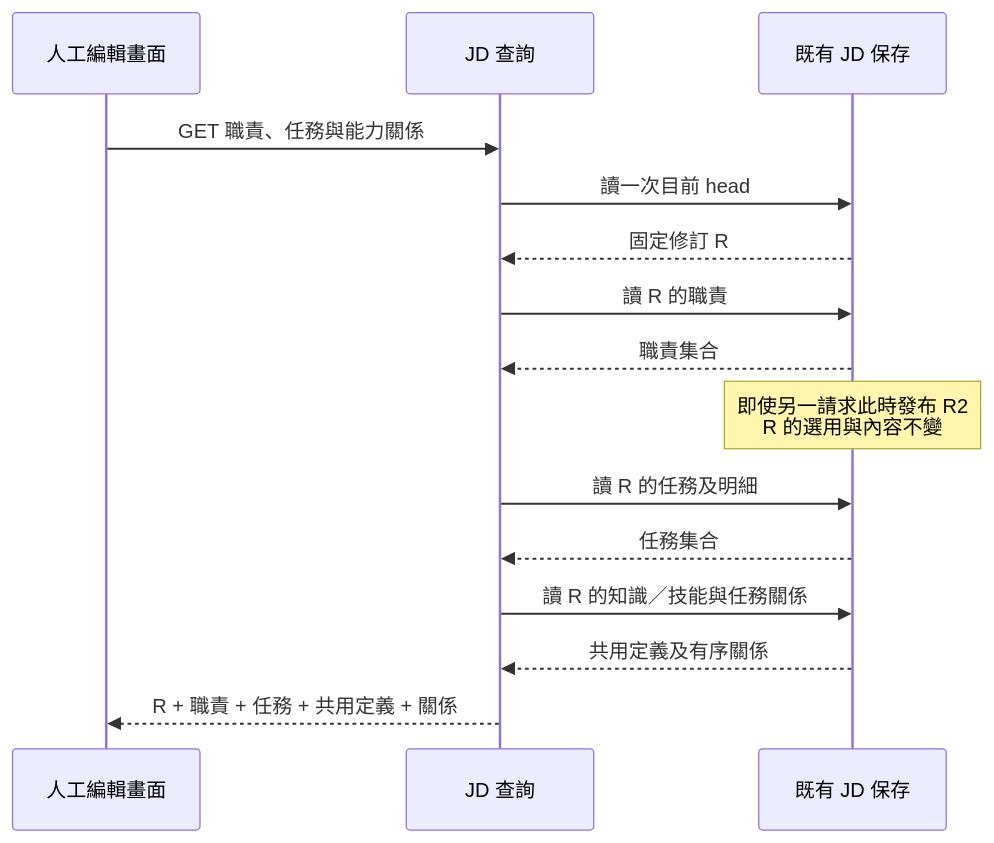
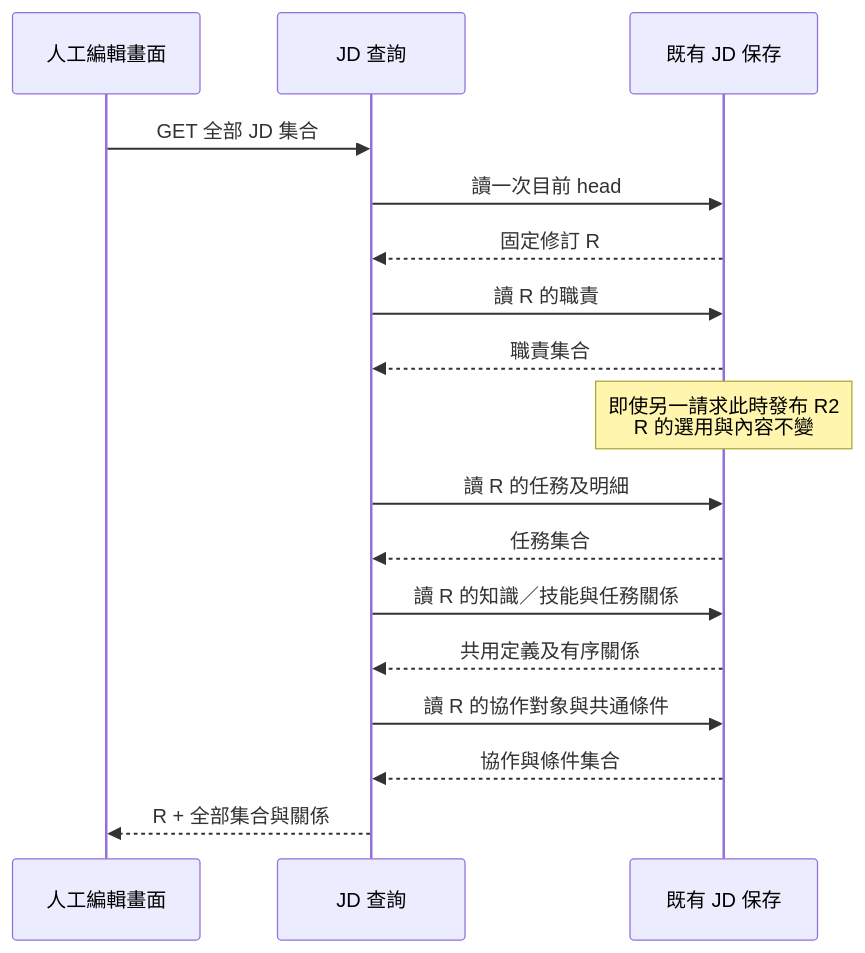
The third of 6 diagrams in docs/implementation/jd-storage.md (JD-Consultant/Caliburn), drawn with Mermaid before and after one commit. The commit also changed other lines of this file and 25 other files, not shown here.

````diff
--- a/docs/implementation/jd-storage.md
+++ b/docs/implementation/jd-storage.md
@@ -153,17 +153,19 @@
 ```mermaid
 sequenceDiagram
   participant UI as 人工編輯畫面
   participant API as JD 查詢
   participant DB as 既有 JD 保存
-  UI->>API: GET 職責、任務與能力關係
+  UI->>API: GET 全部 JD 集合
   API->>DB: 讀一次目前 head
   DB-->>API: 固定修訂 R
   API->>DB: 讀 R 的職責
   DB-->>API: 職責集合
   Note over DB: 即使另一請求此時發布 R2<br/>R 的選用與內容不變
   API->>DB: 讀 R 的任務及明細
   DB-->>API: 任務集合
   API->>DB: 讀 R 的知識／技能與任務關係
   DB-->>API: 共用定義及有序關係
-  API-->>UI: R + 職責 + 任務 + 共用定義 + 關係
+  API->>DB: 讀 R 的協作對象與共通條件
+  DB-->>API: 協作與條件集合
+  API-->>UI: R + 全部集合與關係
 ```
````
